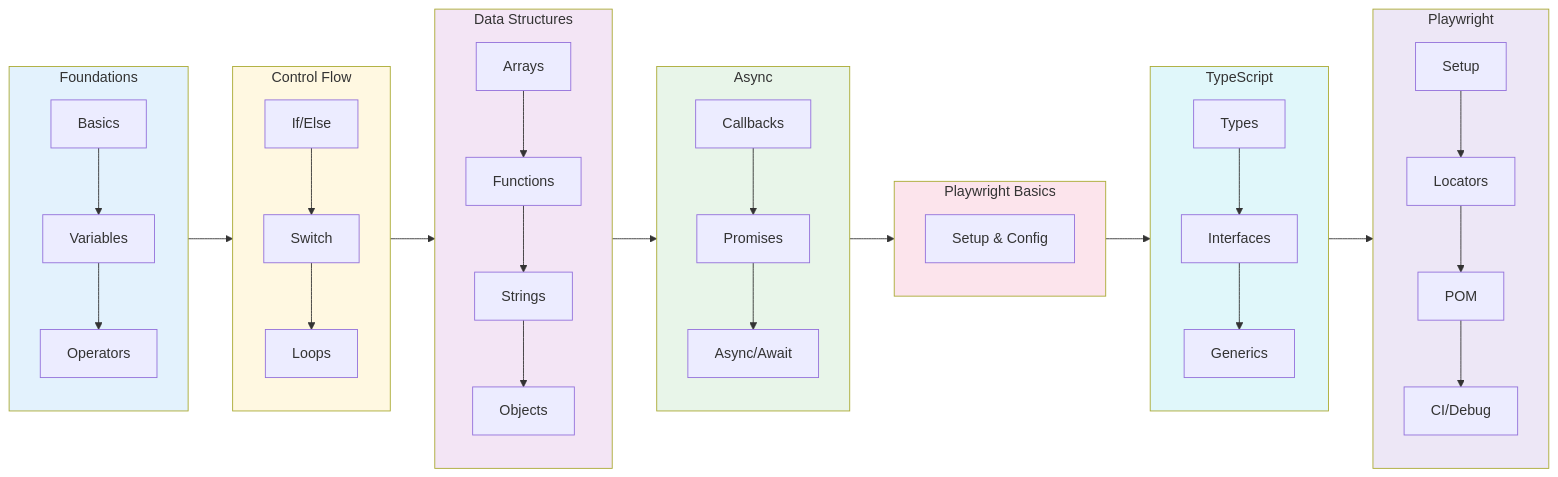
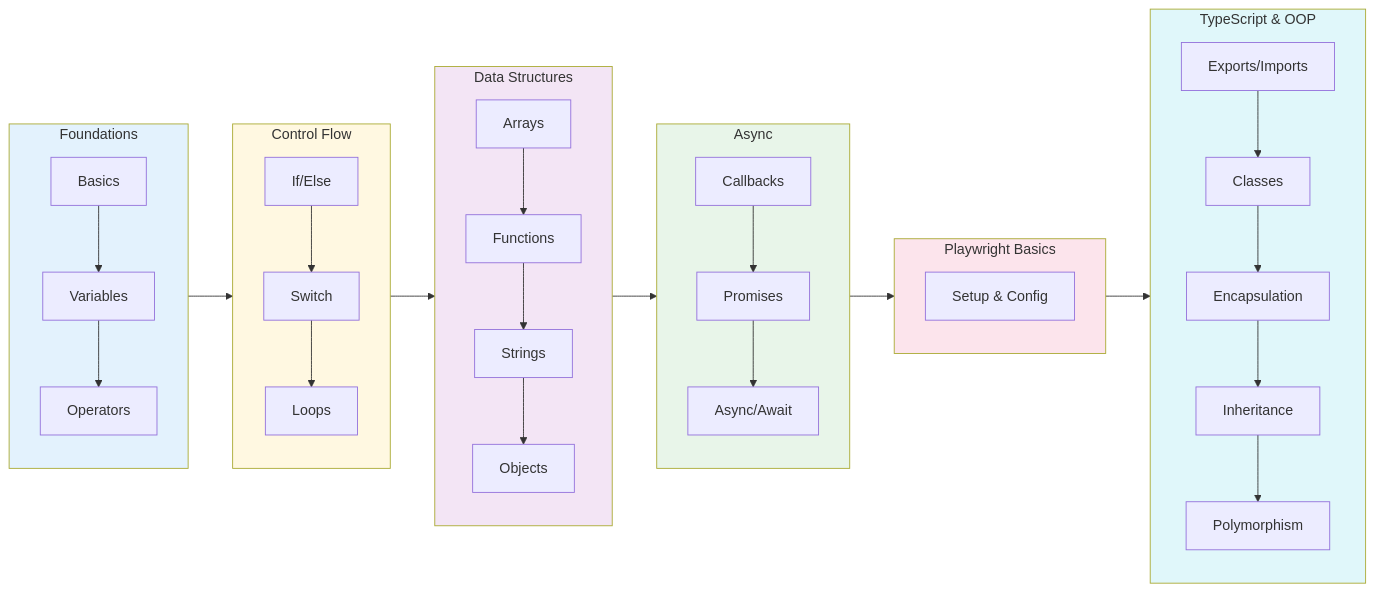
One commit to azherkhan0215-qa/LearnPlayWrightBatch2X changed the third of 39 diagrams in README.md. Above: the diagram before and after it, drawn with Mermaid. The commit also changed other lines of this file and 30 other files, not shown here.

First line of the commit message:
Add Chapters 21-25: OOP - classes, encapsulation, inheritance, polymorphism, interview prep

````diff
--- a/README.md
+++ b/README.md
@@ -416,34 +450,30 @@
 ```mermaid
 flowchart LR
     subgraph A["Foundations"]
         A1[Basics] --> A2[Variables] --> A3[Operators]
     end
     subgraph B["Control Flow"]
         B1[If/Else] --> B2[Switch] --> B3[Loops]
     end
     subgraph C["Data Structures"]
         C1[Arrays] --> C2[Functions] --> C3[Strings] --> C4[Objects]
     end
     subgraph D["Async"]
         D1[Callbacks] --> D2[Promises] --> D3[Async/Await]
     end
     subgraph E["Playwright Basics"]
         E1[Setup & Config]
     end
-    subgraph F["TypeScript"]
-        F1[Types] --> F2[Interfaces] --> F3[Generics]
-    end
-    subgraph G["Playwright"]
-        G1[Setup] --> G2[Locators] --> G3[POM] --> G4[CI/Debug]
+    subgraph F["TypeScript & OOP"]
+        F1[Exports/Imports] --> F2[Classes] --> F3[Encapsulation] --> F4[Inheritance] --> F5[Polymorphism]
     end
 
-    A --> B --> C --> D --> E --> F --> G
+    A --> B --> C --> D --> E --> F
 
     style A fill:#e3f2fd
     style B fill:#fff8e1
     style C fill:#f3e5f5
     style D fill:#e8f5e9
     style E fill:#fce4ec
     style F fill:#e0f7fa
-    style G fill:#ede7f6
 ```
````
